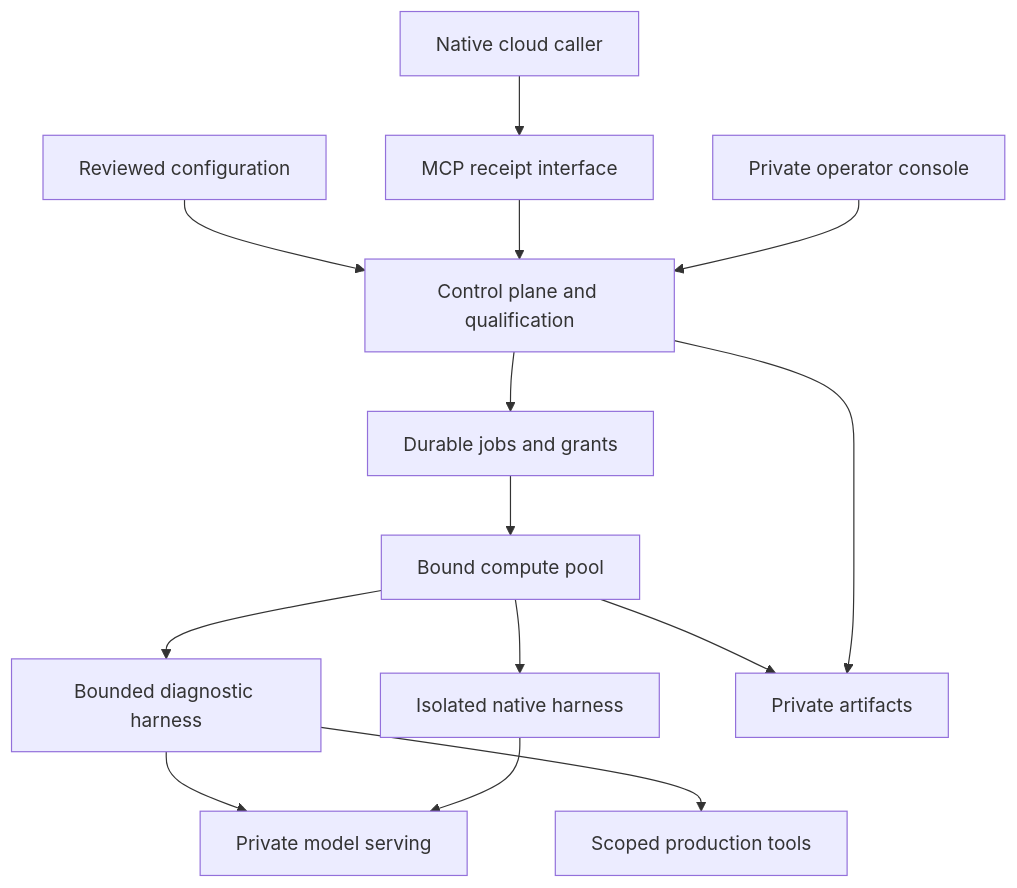
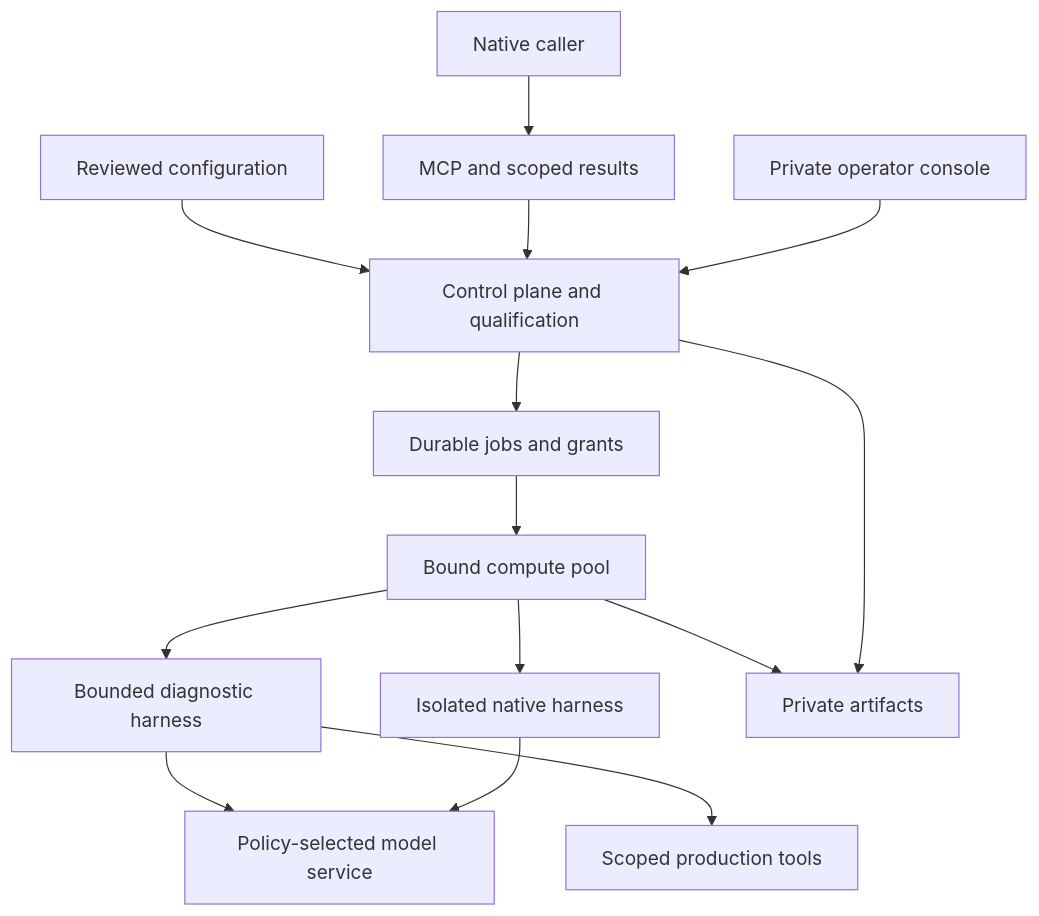
Before and after one commit to bayleafwalker/sovite: the diagram in docs/PLATFORM-SPEC.md, drawn with Mermaid. The commit also changed other lines of this file and 48 other files, not shown here.

````diff
--- a/docs/PLATFORM-SPEC.md
+++ b/docs/PLATFORM-SPEC.md
@@ -49,16 +49,16 @@
 ```mermaid
 flowchart TD
     Git["Reviewed configuration"] --> Control["Control plane and qualification"]
-    Caller["Native cloud caller"] --> Receipt["MCP receipt interface"]
+    Caller["Native caller"] --> Receipt["MCP and scoped results"]
     Receipt --> Control
     Operator["Private operator console"] --> Control
     Control --> Queue["Durable jobs and grants"]
     Queue --> Worker["Bound compute pool"]
     Worker --> Diagnostic["Bounded diagnostic harness"]
     Worker --> Native["Isolated native harness"]
-    Diagnostic --> Model["Private model serving"]
+    Diagnostic --> Model["Policy-selected model service"]
     Native --> Model
     Diagnostic --> Tools["Scoped production tools"]
     Worker --> Artifacts["Private artifacts"]
     Control --> Artifacts
 ```
````
